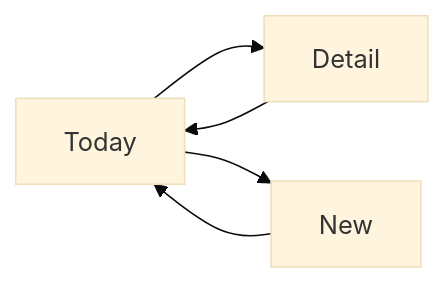
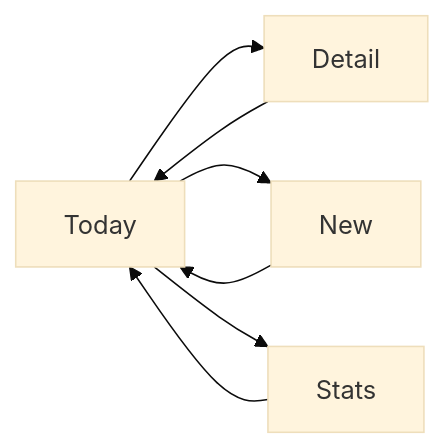
One commit to maeplego/portfolio-plan changed the second of 4 diagrams in portfolio-plan/habit-tracker/docs/06-diagrams.md. Above: the diagram before and after it, drawn with Mermaid (base theme). The commit also changed other lines of this file and 111 other files, not shown here.

````diff
--- a/portfolio-plan/habit-tracker/docs/06-diagrams.md
+++ b/portfolio-plan/habit-tracker/docs/06-diagrams.md
@@ -24,7 +25,9 @@
 ```mermaid
 flowchart LR
   Today --> Detail
   Today --> New
+  Today --> Stats
   Detail --> Today
   New --> Today
+  Stats --> Today
 ```
````
